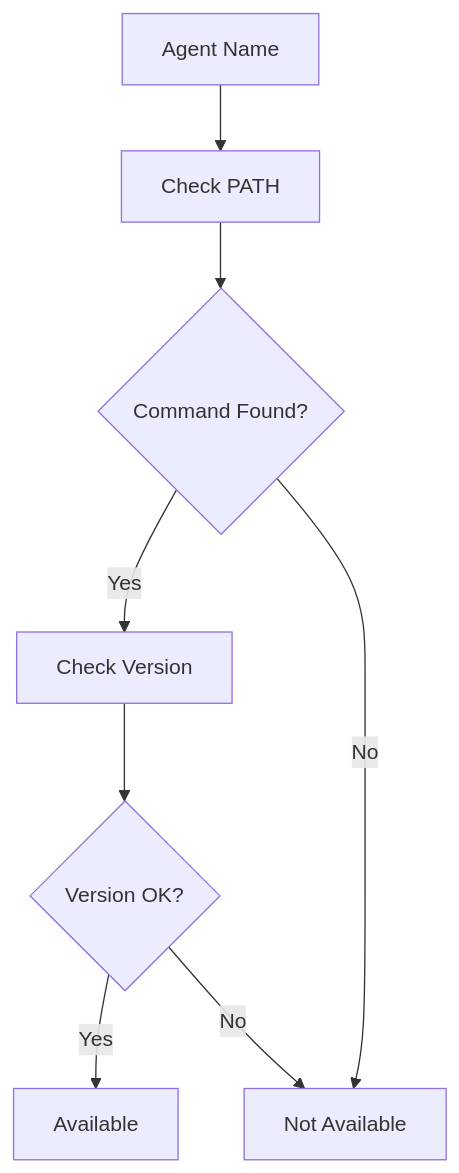
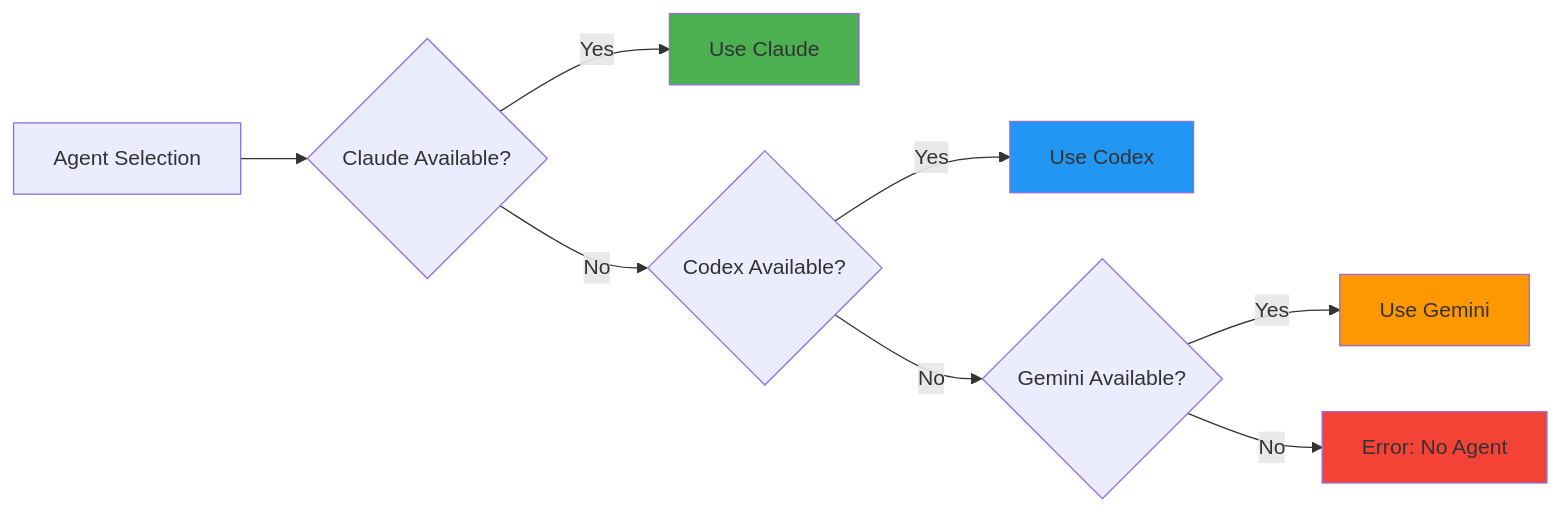
Before and after one commit to jerejones/agent-foreman: the third of 3 diagrams in docs/commands/agents.md, drawn with Mermaid. The commit also changed other lines of this file and 379 other files, not shown here.

````diff
--- a/docs/commands/agents.md
+++ b/docs/commands/agents.md
@@ -138,12 +127,15 @@
 ```mermaid
-flowchart TD
-    Agent[Agent Name] --> CheckPath[Check PATH]
+graph LR
+    A[Agent Selection] --> B{Claude Available?}
+    B -->|Yes| C[Use Claude]
+    B -->|No| D{Codex Available?}
+    D -->|Yes| E[Use Codex]
+    D -->|No| F{Gemini Available?}
+    F -->|Yes| G[Use Gemini]
+    F -->|No| H[Error: No Agent]
 
-    CheckPath --> Found{Command Found?}
-    Found -->|Yes| CheckVersion[Check Version]
-    Found -->|No| NotAvailable[Not Available]
-
-    CheckVersion --> VersionOk{Version OK?}
-    VersionOk -->|Yes| Available[Available]
-    VersionOk -->|No| NotAvailable
+    style C fill:#4CAF50
+    style E fill:#2196F3
+    style G fill:#FF9800
+    style H fill:#f44336
 ```
````
